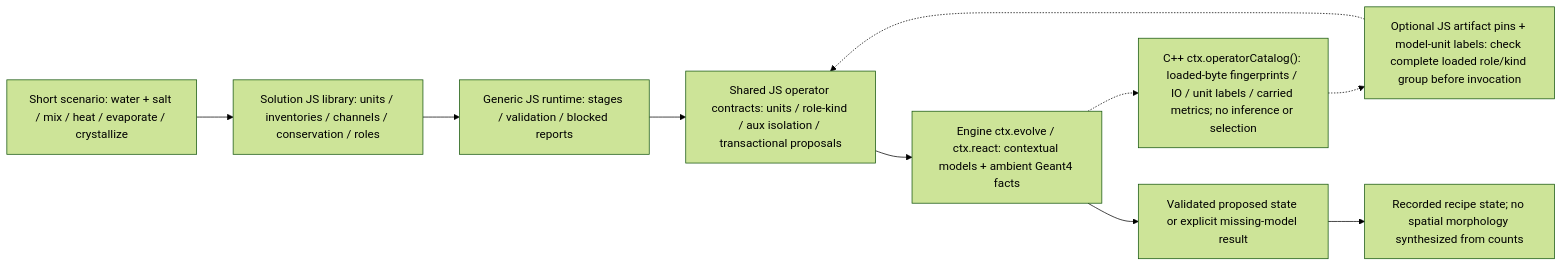
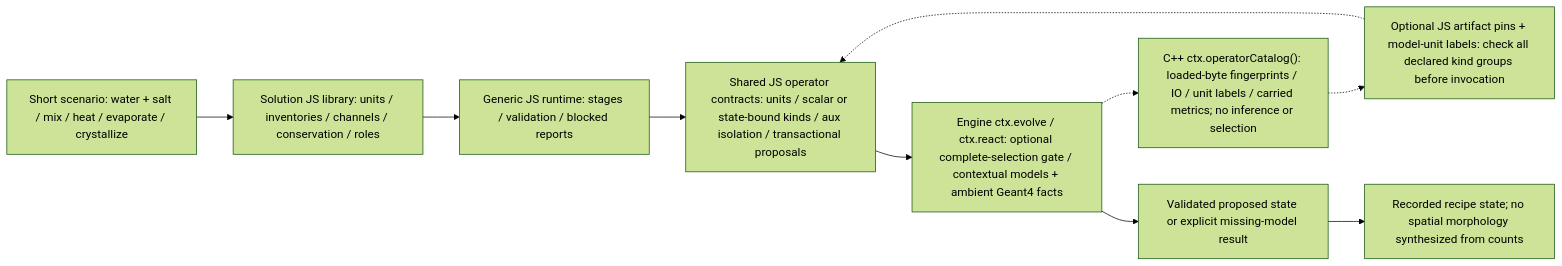
One commit to Geckos-Ink/trech changed the third of 38 diagrams in CHARTS.md. Above: the diagram before and after it, drawn with Mermaid (forest theme). The commit also changed 9 other files, not shown here.

````diff
--- a/CHARTS.md
+++ b/CHARTS.md
@@ -37,12 +37,12 @@
 ```mermaid
 flowchart LR
   S["Short scenario: water + salt / mix / heat / evaporate / crystallize"] --> D["Solution JS library: units / inventories / channels / conservation / roles"]
   D --> R["Generic JS runtime: stages / validation / blocked reports"]
-  R --> B["Shared JS operator contracts: units / role-kind / aux isolation / transactional proposals"]
-  B --> E["Engine ctx.evolve / ctx.react: contextual models + ambient Geant4 facts"]
+  R --> B["Shared JS operator contracts: units / scalar or state-bound kinds / aux isolation / transactional proposals"]
+  B --> E["Engine ctx.evolve / ctx.react: optional complete-selection gate / contextual models + ambient Geant4 facts"]
   E -.-> C["C++ ctx.operatorCatalog(): loaded-byte fingerprints / IO / unit labels / carried metrics; no inference or selection"]
-  C -.-> P["Optional JS artifact pins + model-unit labels: check complete loaded role/kind group before invocation"]
+  C -.-> P["Optional JS artifact pins + model-unit labels: check all declared kind groups before invocation"]
   P -.-> B
   E --> V["Validated proposed state or explicit missing-model result"]
   V --> O["Recorded recipe state; no spatial morphology synthesized from counts"]
 ```
````
